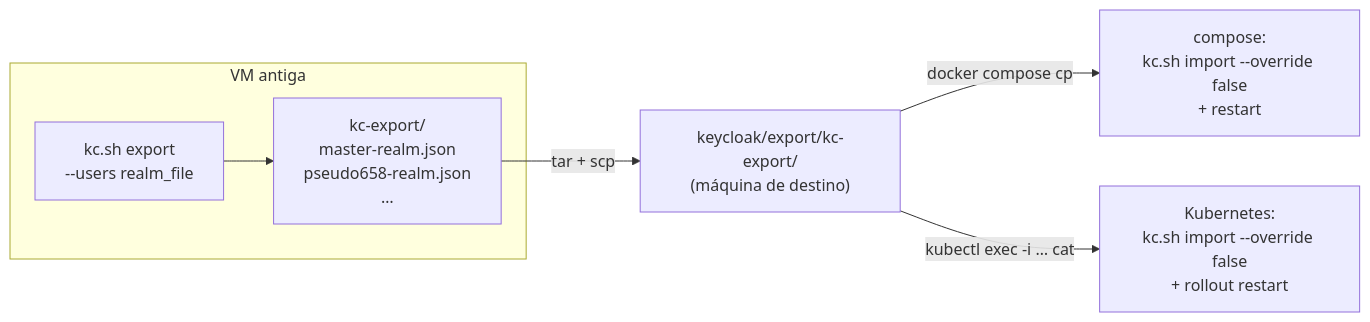
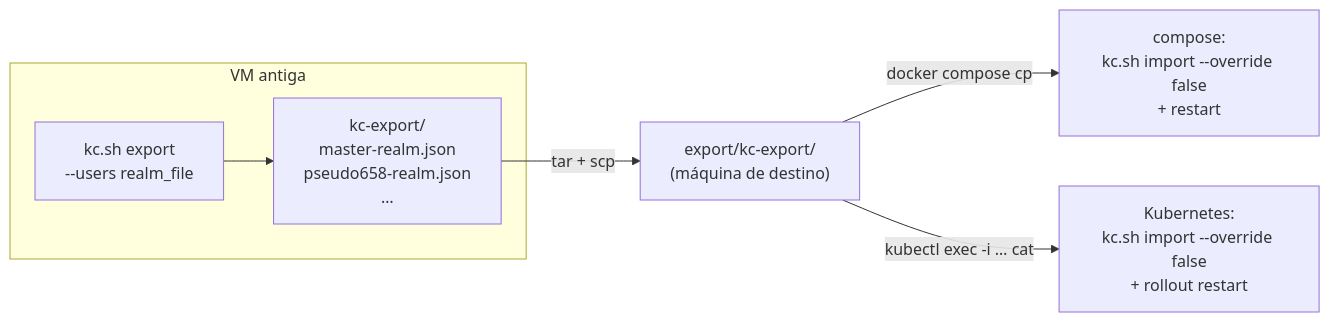
One commit to hirowat2/keycloak changed the third of 8 diagrams in README_migracao_vm.md. Above: the diagram before and after it, drawn with Mermaid. The commit also changed other lines of this file and 20 other files, not shown here.

````diff
--- a/README_migracao_vm.md
+++ b/README_migracao_vm.md
@@ -107,9 +115,9 @@
 ```mermaid
 flowchart LR
     subgraph VM["VM antiga"]
       E["kc.sh export<br/>--users realm_file"] --> J["kc-export/<br/>master-realm.json<br/>pseudo658-realm.json<br/>…"]
     end
-    J -- "tar + scp" --> X["keycloak/export/kc-export/<br/>(máquina de destino)"]
+    J -- "tar + scp" --> X["export/kc-export/<br/>(máquina de destino)"]
     X -- "docker compose cp" --> C["compose:<br/>kc.sh import --override false<br/>+ restart"]
     X -- "kubectl exec -i … cat" --> K["Kubernetes:<br/>kc.sh import --override false<br/>+ rollout restart"]
 ```
````
